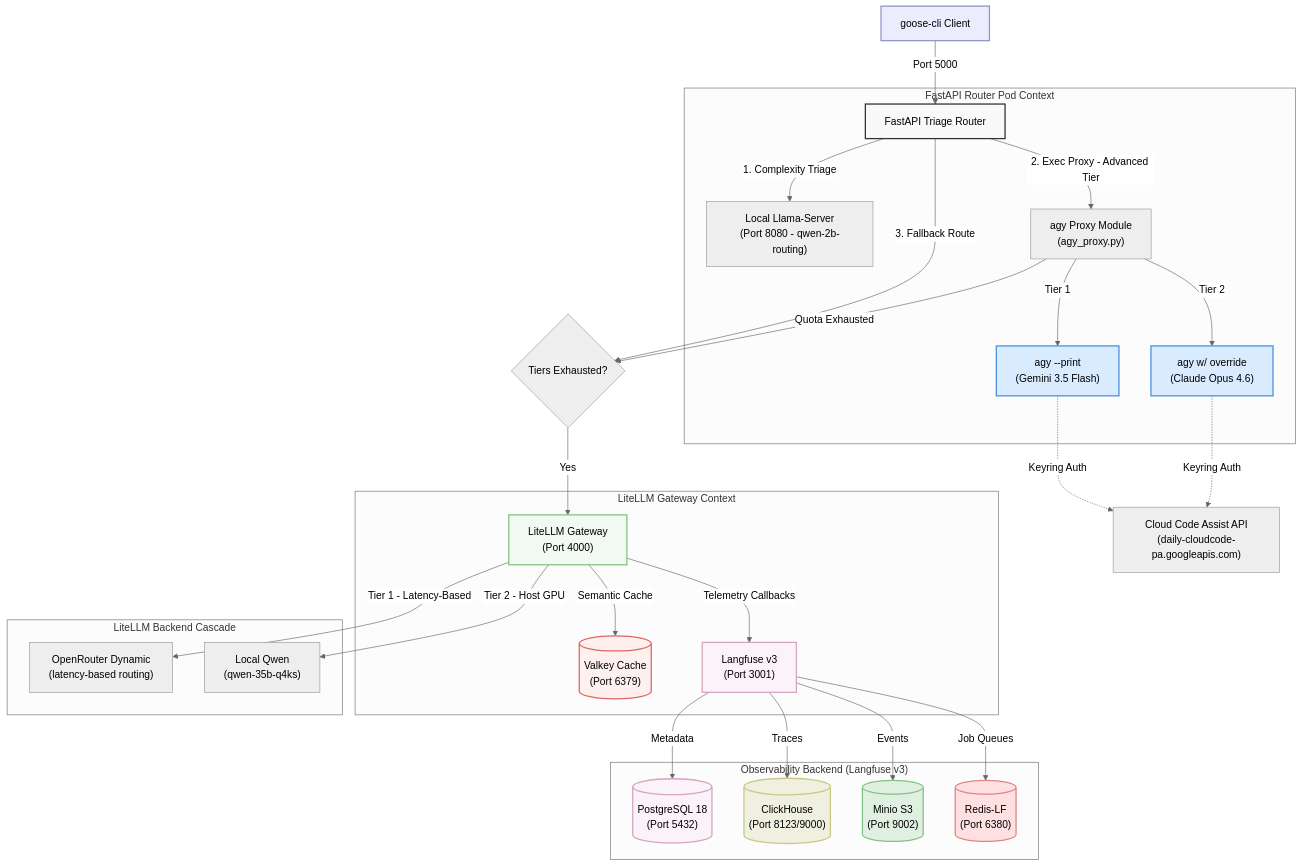
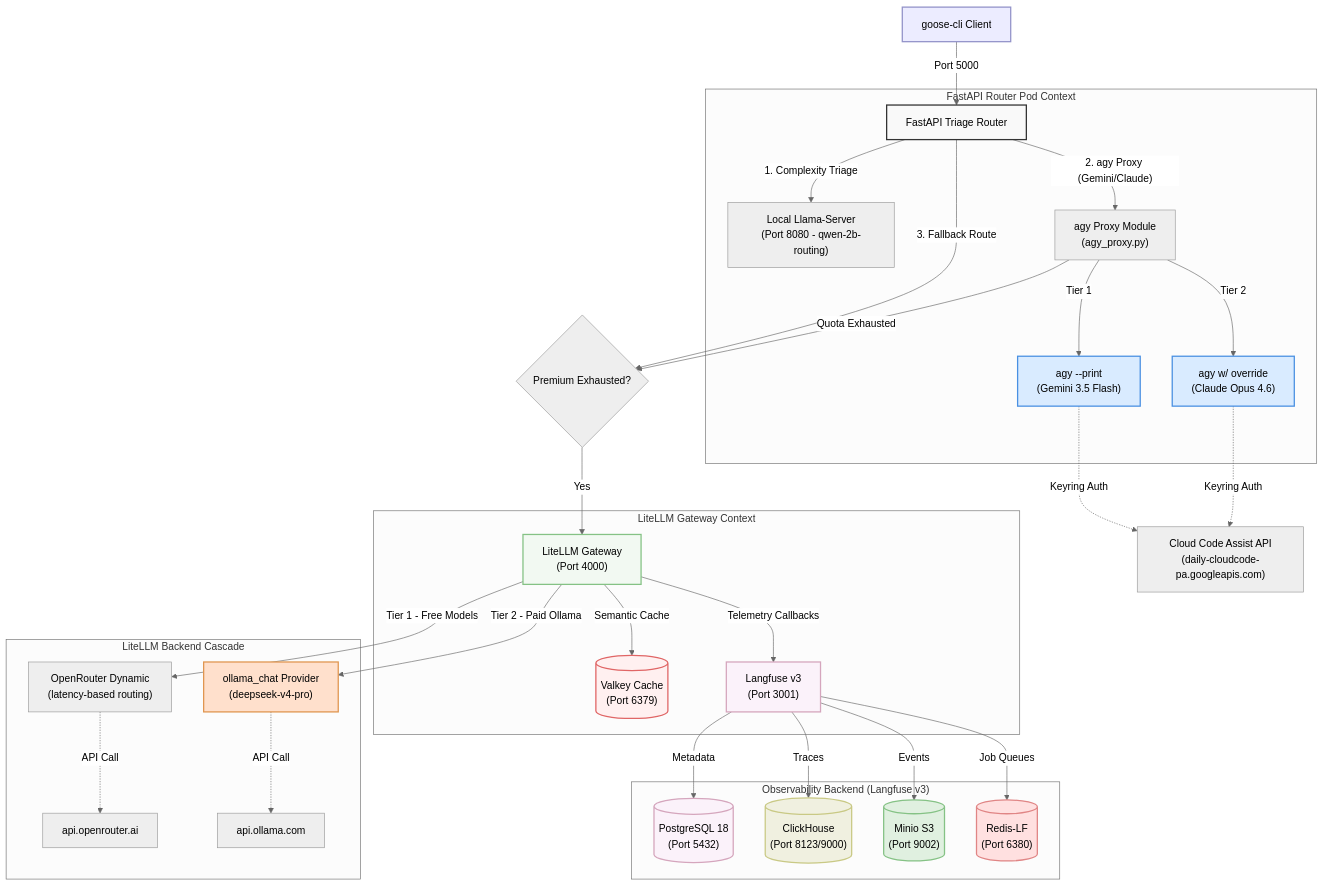
Before and after one commit to sheepdestroyer/LLM-Routing: the first of 2 diagrams in README.md, drawn with Mermaid (neutral theme). The commit also changed other lines of this file, not shown here.

Commit message:
docs: update mermaid diagrams — add Ollama tier, model-based routing, remove disabled local Qwen

````diff
--- a/README.md
+++ b/README.md
@@ -15,48 +15,51 @@
 ```mermaid
 graph TD
     Client["goose-cli Client"] -->|Port 5000| Router["FastAPI Triage Router"]
-    
+
     subgraph FastAPIRouter ["FastAPI Router Pod Context"]
         Router -->|1. Complexity Triage| LlamaServer["Local Llama-Server\n(Port 8080 - qwen-2b-routing)"]
-        Router -->|"2. Exec Proxy - Advanced Tier"| AgyProxy["agy Proxy Module\n(agy_proxy.py)"]
-        
+        Router -->|"2. agy Proxy (Gemini/Claude)"| AgyProxy["agy Proxy Module\n(agy_proxy.py)"]
+
         AgyProxy -->|Tier 1| AgyGemini["agy --print\n(Gemini 3.5 Flash)"]
         AgyProxy -->|Tier 2| AgyOpus["agy w/ override\n(Claude Opus 4.6)"]
     end
 
     AgyGemini -.->|Keyring Auth| Google["Cloud Code Assist API\n(daily-cloudcode-pa.googleapis.com)"]
     AgyOpus -.->|Keyring Auth| Google
 
-    Router -->|3. Fallback Route| RouteSelector{"Tiers Exhausted?"}
+    Router -->|3. Fallback Route| RouteSelector{"Premium Exhausted?"}
     RouteSelector -->|Yes| LiteLLM["LiteLLM Gateway\n(Port 4000)"]
     AgyProxy -->|Quota Exhausted| RouteSelector
 
     subgraph LiteLLMGateway ["LiteLLM Gateway Context"]
         LiteLLM -->|Semantic Cache| Valkey[("Valkey Cache\n(Port 6379)")]
         LiteLLM -->|Telemetry Callbacks| Langfuse["Langfuse v3\n(Port 3001)"]
     end
 
     subgraph BackendRoutingCascade ["LiteLLM Backend Cascade"]
-        LiteLLM -->|Tier 1 - Latency-Based| OpenRouter["OpenRouter Dynamic\n(latency-based routing)"]
-        LiteLLM -->|Tier 2 - Host GPU| QwenLocal["Local Qwen\n(qwen-35b-q4ks)"]
+        LiteLLM -->|Tier 1 - Free Models| OpenRouter["OpenRouter Dynamic\n(latency-based routing)"]
+        LiteLLM -->|Tier 2 - Paid Ollama| OllamaTier["ollama_chat Provider\n(deepseek-v4-pro)"]
+        OpenRouter -.->|API Call| OpenRouterAPI["api.openrouter.ai"]
+        OllamaTier -.->|API Call| OllamaAPI["api.ollama.com"]
     end
 
     subgraph Observability ["Observability Backend (Langfuse v3)"]
         Langfuse -->|Metadata| Postgres[("PostgreSQL 18\n(Port 5432)")]
         Langfuse -->|Traces| ClickHouse[("ClickHouse\n(Port 8123/9000)")]
         Langfuse -->|Events| Minio[("Minio S3\n(Port 9002)")]
         Langfuse -->|Job Queues| RedisLF[("Redis-LF\n(Port 6380)")]
     end
-    
+
     style Client fill:#ececff,stroke:#9393c9,stroke-width:2px;
     style Router fill:#f9f9f9,stroke:#333,stroke-width:2px;
     style AgyGemini fill:#d9ebff,stroke:#4a90e2,stroke-width:2px;
     style AgyOpus fill:#d9ebff,stroke:#4a90e2,stroke-width:2px;
     style LiteLLM fill:#f2f9f2,stroke:#85c285,stroke-width:2px;
+    style OllamaTier fill:#ffe0cc,stroke:#e09650,stroke-width:2px;
     style Valkey fill:#fff0f0,stroke:#e06666,stroke-width:2px;
     style Langfuse fill:#fbf2fa,stroke:#d5a6bd,stroke-width:2px;
     style Postgres fill:#fbf2fa,stroke:#d5a6bd,stroke-width:2px;
     style ClickHouse fill:#f0f0e0,stroke:#c9c985,stroke-width:2px;
     style Minio fill:#e0f0e0,stroke:#85c285,stroke-width:2px;
     style RedisLF fill:#ffe0e0,stroke:#e08585,stroke-width:2px;
 ```
````
